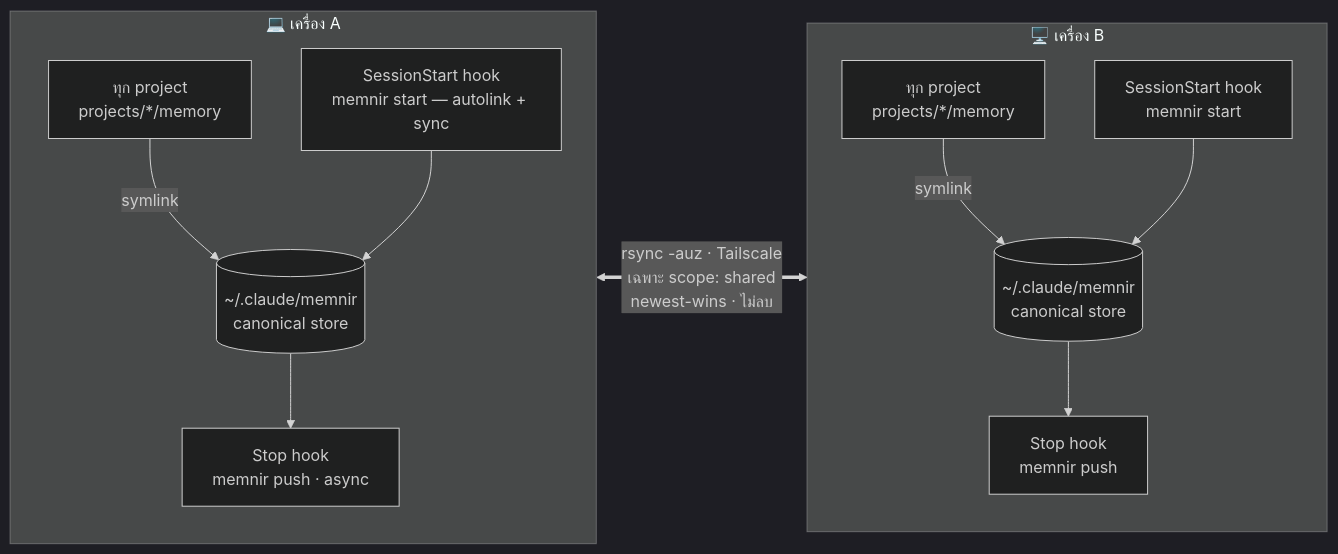
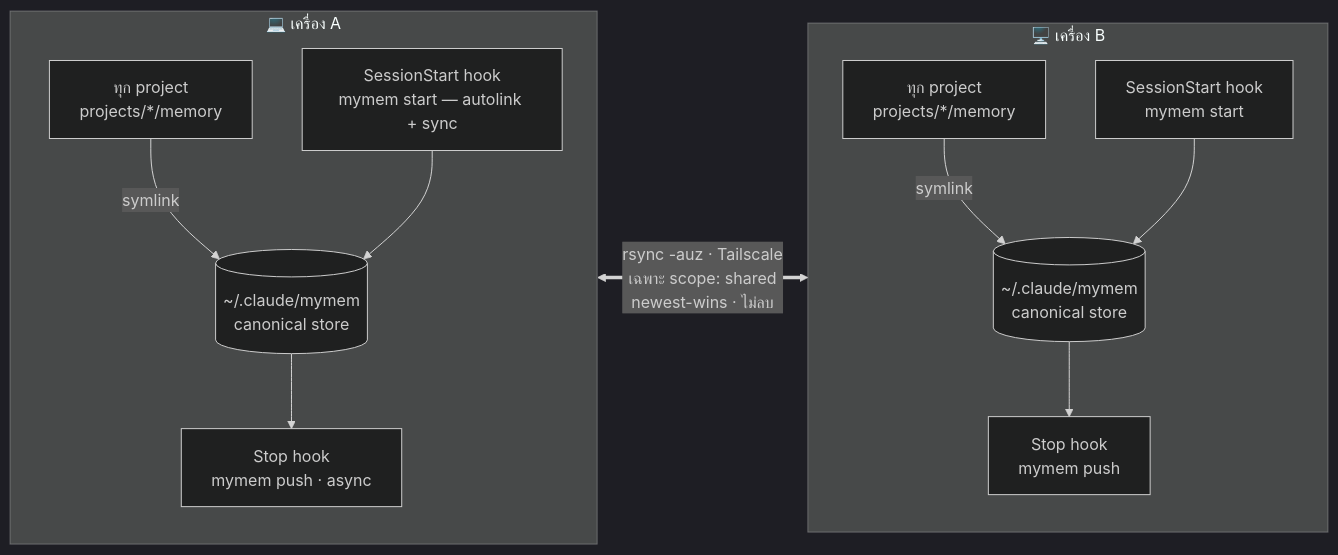
Before and after one commit to MegaWiz-Dev-Team/mymem: the diagram in README.th.md, drawn with Mermaid (dark theme). The commit also changed other lines of this file and 10 other files, not shown here.

First line of the commit message:
chore!: rename memnir → mymem (binary, command, state dir, brand)

````diff
--- a/README.th.md
+++ b/README.th.md
@@ -16,24 +16,24 @@
 ```mermaid
 flowchart LR
   subgraph MA["💻 เครื่อง A"]
     direction TB
     pA["ทุก project<br/>projects/*/memory"]
-    sA[("~/.claude/memnir<br/>canonical store")]
-    hA1["SessionStart hook<br/>memnir start — autolink + sync"]
-    hA2["Stop hook<br/>memnir push · async"]
+    sA[("~/.claude/mymem<br/>canonical store")]
+    hA1["SessionStart hook<br/>mymem start — autolink + sync"]
+    hA2["Stop hook<br/>mymem push · async"]
     pA -- symlink --> sA
     hA1 --> sA
     sA --> hA2
   end
   subgraph MB["🖥️ เครื่อง B"]
     direction TB
     pB["ทุก project<br/>projects/*/memory"]
-    sB[("~/.claude/memnir<br/>canonical store")]
-    hB1["SessionStart hook<br/>memnir start"]
-    hB2["Stop hook<br/>memnir push"]
+    sB[("~/.claude/mymem<br/>canonical store")]
+    hB1["SessionStart hook<br/>mymem start"]
+    hB2["Stop hook<br/>mymem push"]
     pB -- symlink --> sB
     hB1 --> sB
     sB --> hB2
   end
   sA <== "rsync -auz · Tailscale<br/>เฉพาะ scope: shared<br/>newest-wins · ไม่ลบ" ==> sB
 ```
````
